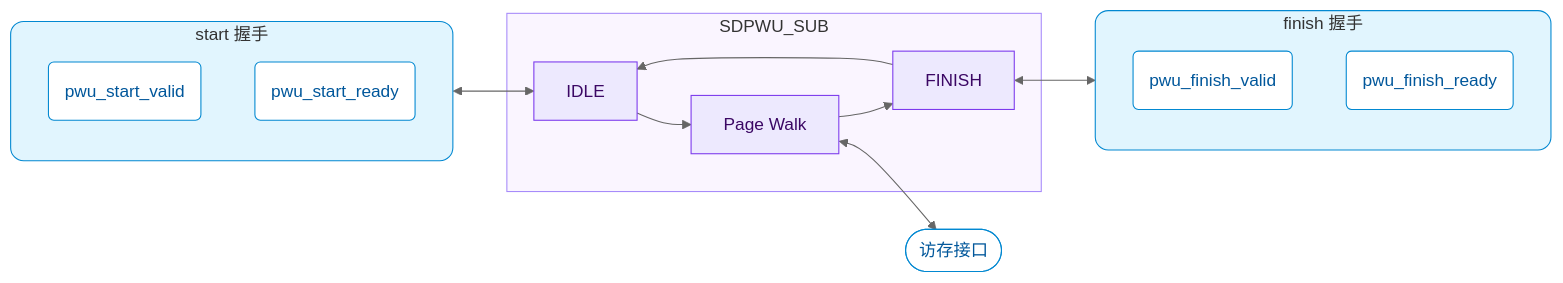
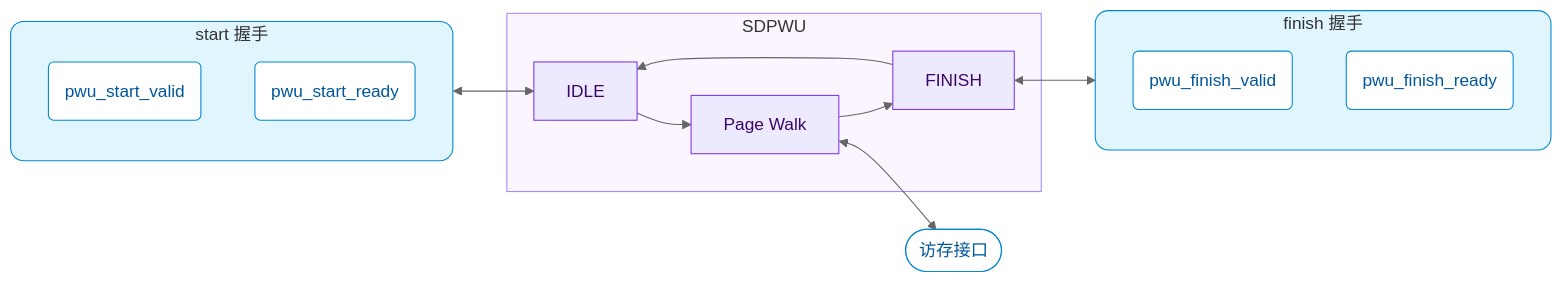
Before and after one commit to DuBirdFly/C1_SDecoder: the fourth of 8 diagrams in doc/design_plan/SDecoder 设计方案 v1.0.md, drawn with Mermaid (neutral theme). The commit also changed other lines of this file, not shown here.

First line of the commit message:
docs(design): SDPWU 拆为 SDPWU_TOP / SDPWU_CTRL / N 个 SDPWU, 未命中通路改为 6 步

````diff
--- a/doc/design_plan/SDecoder 设计方案 v1.0.md
+++ b/doc/design_plan/SDecoder 设计方案 v1.0.md
@@ -339,27 +357,27 @@
 ```mermaid
 flowchart LR
-    subgraph SUB["SDPWU_SUB"]
+    subgraph SUB["SDPWU"]
         IDLE["IDLE"] --> WALK["Page Walk"] --> FINISH["FINISH"]
         FINISH --> IDLE
     end
     subgraph HS_START["start 握手"]
         direction TB
         S_VALID("pwu_start_valid")
         S_READY("pwu_start_ready")
     end
     subgraph HS_FINISH["finish 握手"]
         direction TB
         F_VALID("pwu_finish_valid")
         F_READY("pwu_finish_ready")
     end
     HS_START <--> IDLE
     FINISH <--> HS_FINISH
     WALK <--> TW(["访存接口"])
     classDef iface fill:#ffffff,stroke:#0288d1,color:#01579b
     classDef state fill:#ede9fe,stroke:#7c3aed,color:#3b0764
     class S_VALID,S_READY,F_VALID,F_READY,TW iface
     class IDLE,WALK,FINISH state
     style SUB fill:#faf5ff,stroke:#a78bfa
     style HS_START fill:#e1f5fe,stroke:#0288d1,rx:12px
     style HS_FINISH fill:#e1f5fe,stroke:#0288d1,rx:12px
 ```
````
